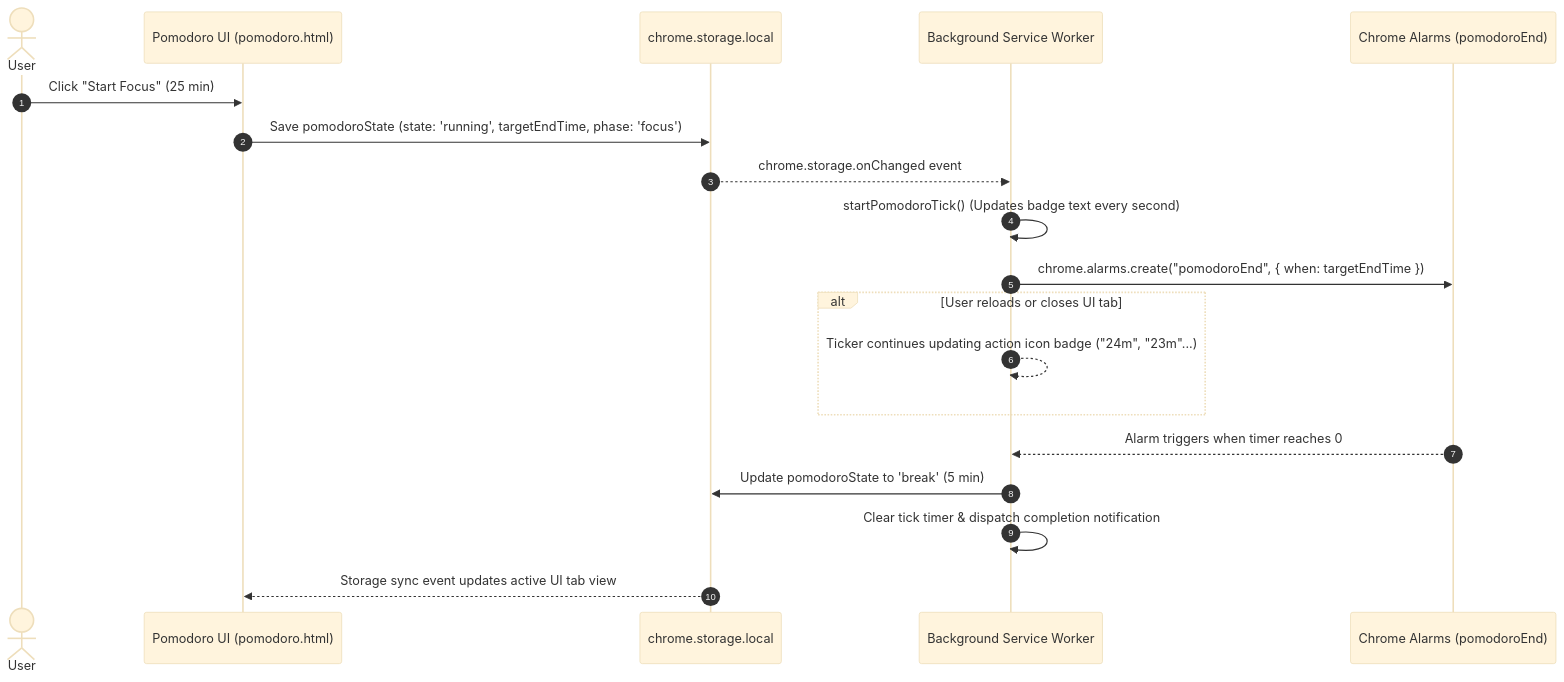
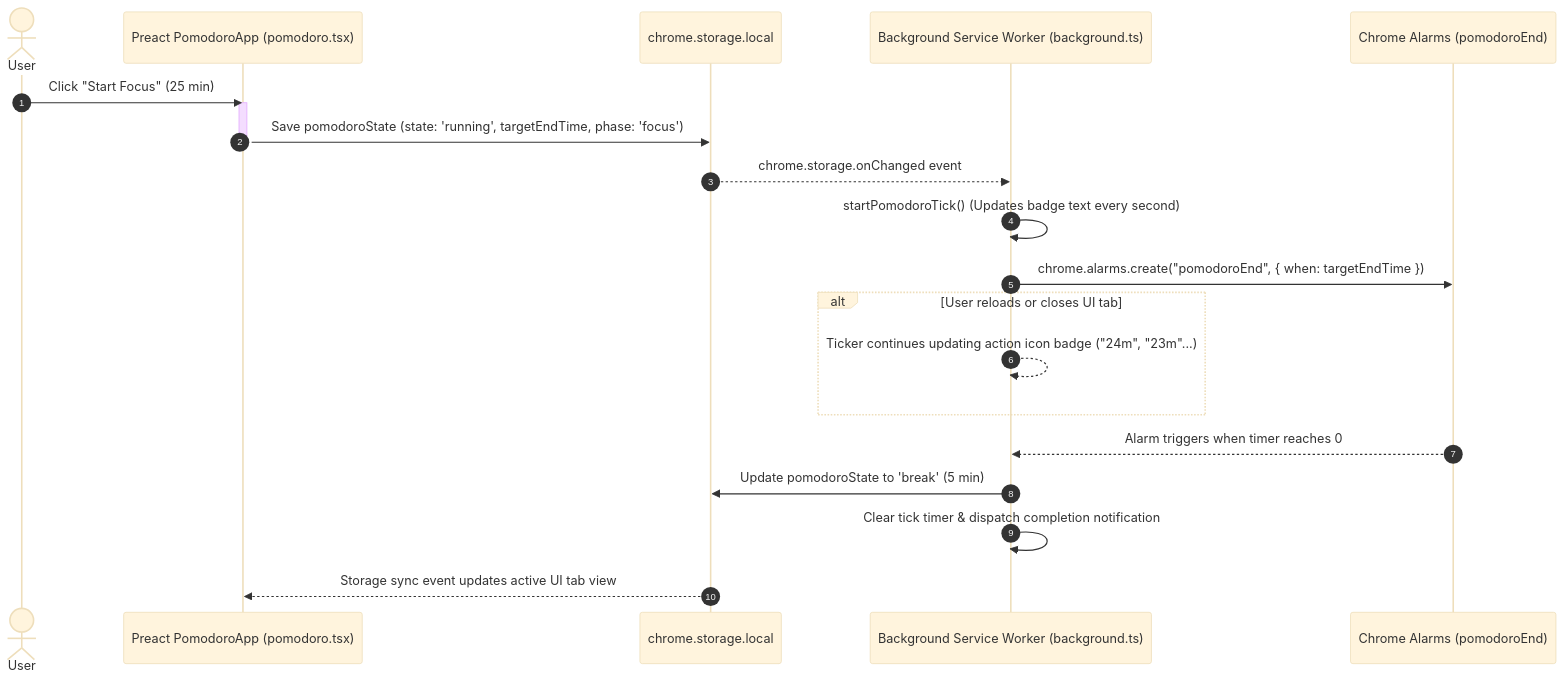
Before and after one commit to sdeanmol/algomonster-fsrs-extension: the second of 2 diagrams in docs/features/dashboard.md, drawn with Mermaid (base theme). The commit also changed other lines of this file and 4 other files, not shown here.

Commit message:
docs: update architecture and feature documentation files

````diff
--- a/docs/features/dashboard.md
+++ b/docs/features/dashboard.md
@@ -56,24 +96,26 @@
 ```mermaid
 sequenceDiagram
     autonumber
     actor User
-    participant UI as Pomodoro UI (pomodoro.html)
+    participant UI as Preact PomodoroApp (pomodoro.tsx)
     participant ST as chrome.storage.local
-    participant BG as Background Service Worker
+    participant BG as Background Service Worker (background.ts)
     participant AL as Chrome Alarms (pomodoroEnd)
 
     User->>UI: Click "Start Focus" (25 min)
+    activate UI
     UI->>ST: Save pomodoroState (state: 'running', targetEndTime, phase: 'focus')
+    deactivate UI
     ST-->>BG: chrome.storage.onChanged event
     BG->>BG: startPomodoroTick() (Updates badge text every second)
     BG->>AL: chrome.alarms.create("pomodoroEnd", { when: targetEndTime })
     
     alt User reloads or closes UI tab
         BG-->>BG: Ticker continues updating action icon badge ("24m", "23m"...)
     end
 
     AL-->>BG: Alarm triggers when timer reaches 0
     BG->>ST: Update pomodoroState to 'break' (5 min)
     BG->>BG: Clear tick timer & dispatch completion notification
     ST-->>UI: Storage sync event updates active UI tab view
 ```
````
